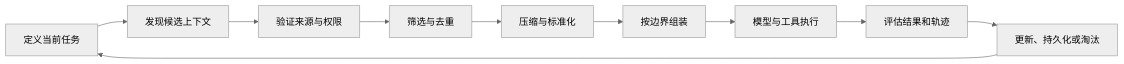
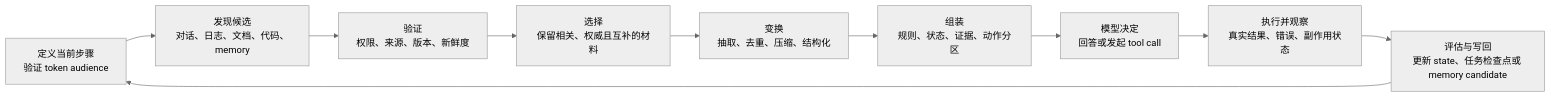
Before and after one commit to nowhere-man/agents-from-scratch: the diagram in context-engineering/00-overview.md, drawn with Mermaid (neutral theme). The commit also changed other lines of this file and 12 other files, not shown here.

````diff
--- a/context-engineering/00-overview.md
+++ b/context-engineering/00-overview.md
@@ -35,12 +83,12 @@
 ```mermaid
 flowchart LR
-    A["定义当前任务"] --> B["发现候选上下文"]
-    B --> C["验证来源与权限"]
-    C --> D["筛选与去重"]
-    D --> E["压缩与标准化"]
-    E --> F["按边界组装"]
-    F --> G["模型与工具执行"]
-    G --> H["评估结果和轨迹"]
-    H --> I["更新、持久化或淘汰"]
+    A["定义当前步骤<br/>验证 token audience"] --> B["发现候选<br/>对话、日志、文档、代码、memory"]
+    B --> C["验证<br/>权限、来源、版本、新鲜度"]
+    C --> D["选择<br/>保留相关、权威且互补的材料"]
+    D --> E["变换<br/>抽取、去重、压缩、结构化"]
+    E --> F["组装<br/>规则、状态、证据、动作分区"]
+    F --> G["模型决定<br/>回答或发起 tool call"]
+    G --> H["执行并观察<br/>真实结果、错误、副作用状态"]
+    H --> I["评估与写回<br/>更新 state、任务检查点或 memory candidate"]
     I --> A
 ```
````
